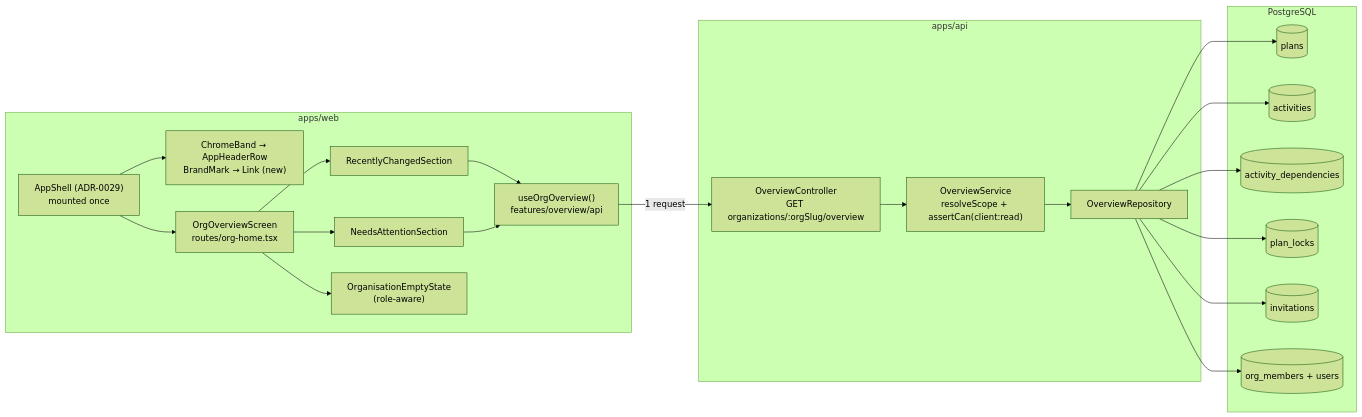
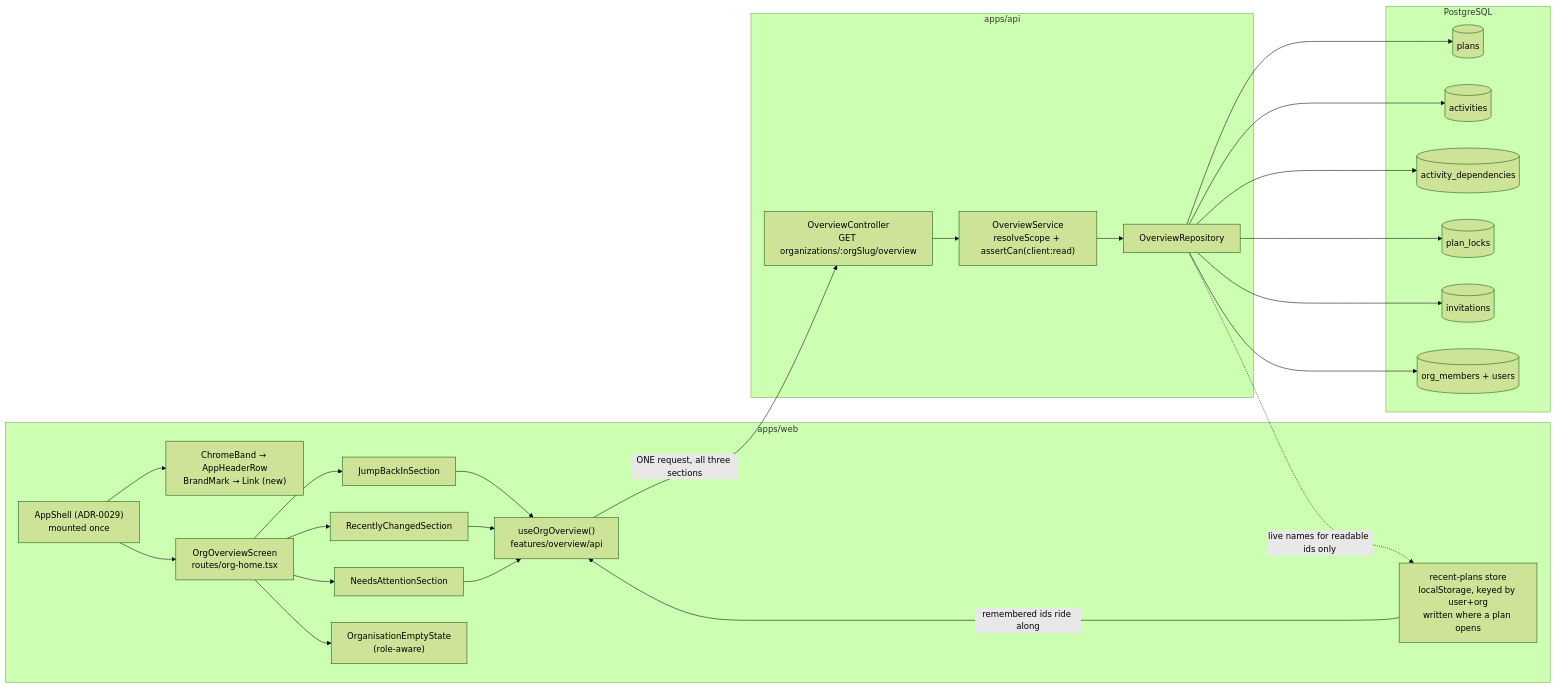
The first of 3 diagrams in docs/specs/organisation-landing/feature-spec.md (HuttonHomeHub/SchedulePoint_1), drawn with Mermaid (forest theme) before and after one commit. The commit also changed other lines of this file and 1 other file, not shown here.

````diff
--- a/docs/specs/organisation-landing/feature-spec.md
+++ b/docs/specs/organisation-landing/feature-spec.md
@@ -438,34 +533,38 @@
 ```mermaid
 flowchart LR
   subgraph Web["apps/web"]
     Shell["AppShell (ADR-0029)<br/>mounted once"]
     Band["ChromeBand → AppHeaderRow<br/>BrandMark → Link (new)"]
     Screen["OrgOverviewScreen<br/>routes/org-home.tsx"]
+    Sec0["JumpBackInSection"]
     Sec1["RecentlyChangedSection"]
     Sec2["NeedsAttentionSection"]
     Empty["OrganisationEmptyState<br/>(role-aware)"]
     Hook["useOrgOverview()<br/>features/overview/api"]
+    Store["recent-plans store<br/>localStorage, keyed by user+org<br/>written where a plan opens"]
   end
 
   subgraph API["apps/api"]
     Ctrl["OverviewController<br/>GET organizations/:orgSlug/overview"]
     Svc["OverviewService<br/>resolveScope + assertCan(client:read)"]
     Repo["OverviewRepository"]
   end
 
   subgraph DB["PostgreSQL"]
     P[(plans)]
     A[(activities)]
     D[(activity_dependencies)]
     L[(plan_locks)]
     I[(invitations)]
     M[(org_members + users)]
   end
 
   Shell --> Band
   Shell --> Screen
-  Screen --> Sec1 & Sec2 & Empty
-  Sec1 & Sec2 --> Hook
-  Hook -->|1 request| Ctrl --> Svc --> Repo
+  Screen --> Sec0 & Sec1 & Sec2 & Empty
+  Sec0 & Sec1 & Sec2 --> Hook
+  Store -->|remembered ids ride along| Hook
+  Hook -->|ONE request, all three sections| Ctrl --> Svc --> Repo
   Repo --> P & A & D & L & I & M
+  Repo -.->|live names for readable ids only| Store
 ```
````
